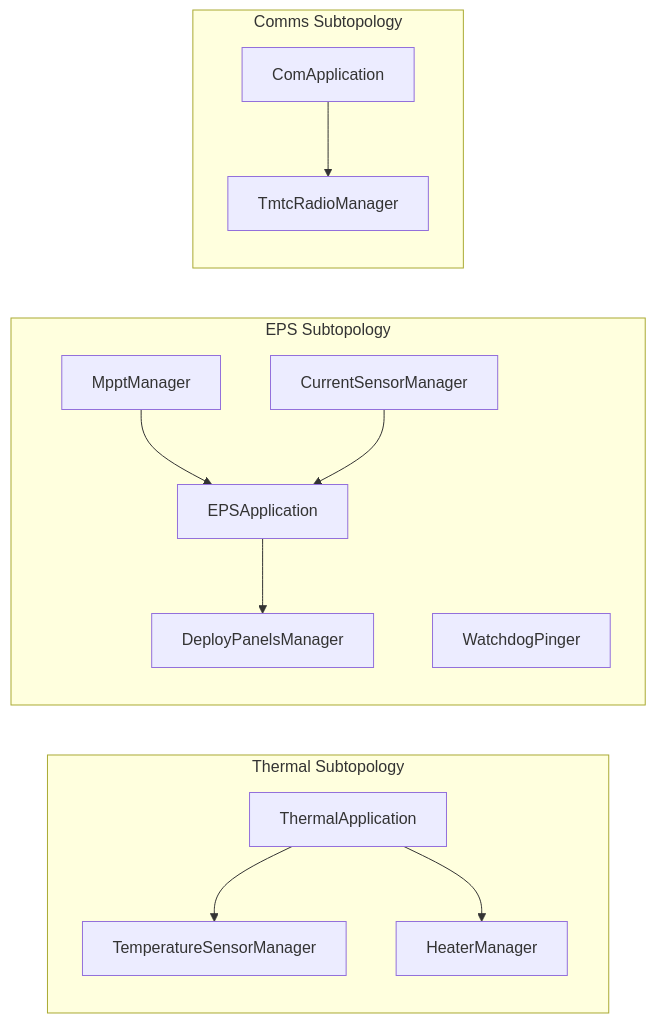
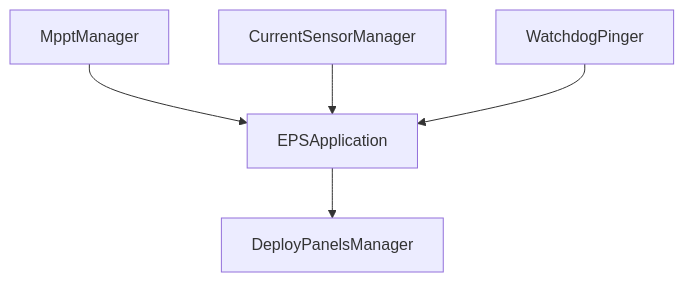
The fourth of 6 diagrams in docs/Reference/Introduction/SubtopologyDecomposition.qmd (UWCubeSat/hs2-software-design), drawn with Mermaid before and after one commit. The commit also changed other lines of this file and 64 other files, not shown here.

````diff
--- a/docs/Reference/Introduction/SubtopologyDecomposition.qmd
+++ b/docs/Reference/Introduction/SubtopologyDecomposition.qmd
@@ -42,33 +52,12 @@
 ```{mermaid}
 flowchart TB
-    subgraph COMMS["Comms Subtopology"]
-        direction TB
-        CommsApp["ComApplication"]
-        TRM["TmtcRadioManager"]
-        CommsApp --> TRM
-    end
-
-    subgraph EPSSUB["EPS Subtopology"]
-        direction TB
-        EPSApp["EPSApplication"]
-        Mppt["MpptManager"]
-        Curr["CurrentSensorManager"]
-        Watchdog["WatchdogPinger"]
-        Deploy["DeployPanelsManager"]
-        Mppt --> EPSApp
-        Curr --> EPSApp
-        EPSApp --> Deploy
-    end
-
-    subgraph THERM["Thermal Subtopology"]
-        direction TB
-        ThermApp["ThermalApplication"]
-        TempSensor["TemperatureSensorManager"]
-        Heater["HeaterManager"]
-        ThermApp --> TempSensor
-        ThermApp --> Heater
-    end
-
-    COMMS ~~~ EPSSUB
-    EPSSUB ~~~ THERM
+    EPSApp["EPSApplication"]
+    Mppt["MpptManager"]
+    Current["CurrentSensorManager"]
+    Watchdog["WatchdogPinger"]
+    Deploy["DeployPanelsManager"]
+    Mppt --> EPSApp
+    Current --> EPSApp
+    Watchdog --> EPSApp
+    EPSApp --> Deploy
 ```
````
